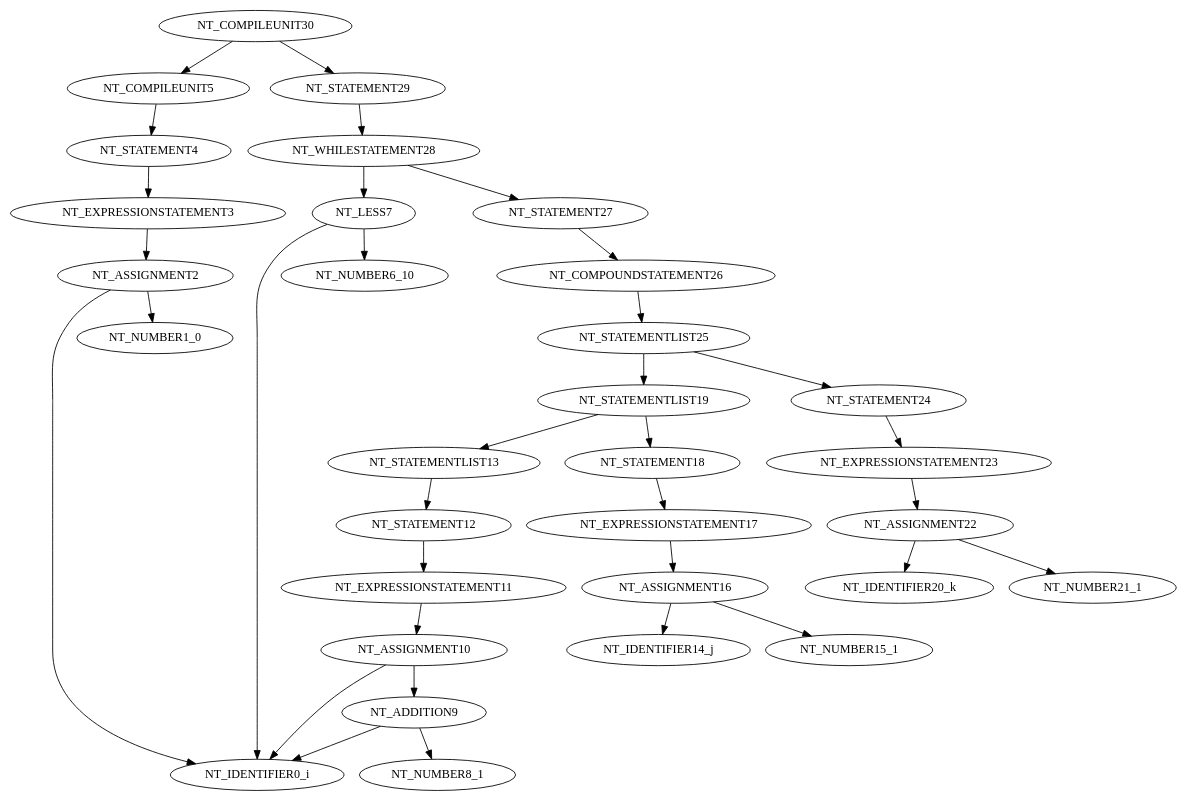
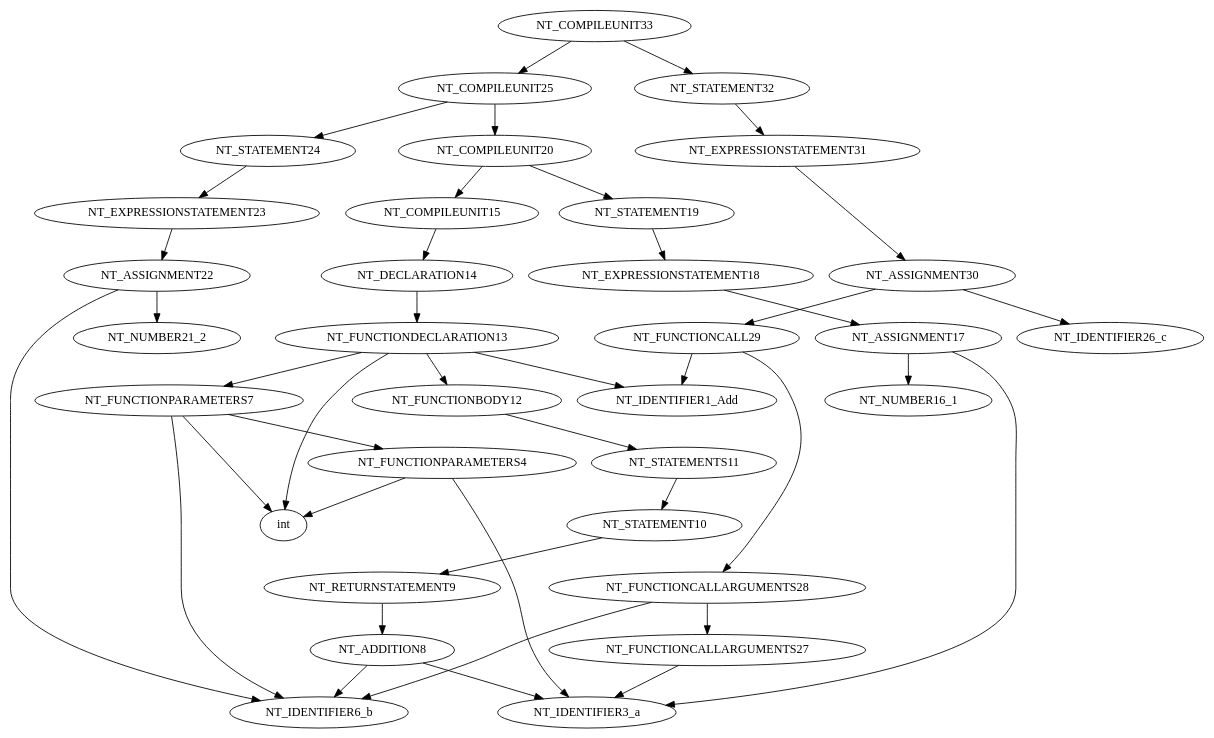
The diagram in BisonIntro/SyntaxTree.dot (dhmhgreCompilers1/BisonTutorial2022), drawn with Graphviz before and after one commit. The commit also changed 9 other files, not shown here.

```diff
--- a/BisonIntro/SyntaxTree.dot
+++ b/BisonIntro/SyntaxTree.dot
@@ -1,35 +1,42 @@
 digraph G {
-	"NT_COMPILEUNIT30"->"NT_COMPILEUNIT5";
-	"NT_COMPILEUNIT5"->"NT_STATEMENT4";
-	"NT_STATEMENT4"->"NT_EXPRESSIONSTATEMENT3";
-	"NT_EXPRESSIONSTATEMENT3"->"NT_ASSIGNMENT2";
-	"NT_ASSIGNMENT2"->"NT_IDENTIFIER0_i";
-	"NT_ASSIGNMENT2"->"NT_NUMBER1_0";
-	"NT_COMPILEUNIT30"->"NT_STATEMENT29";
-	"NT_STATEMENT29"->"NT_WHILESTATEMENT28";
-	"NT_WHILESTATEMENT28"->"NT_LESS7";
-	"NT_LESS7"->"NT_IDENTIFIER0_i";
-	"NT_LESS7"->"NT_NUMBER6_10";
-	"NT_WHILESTATEMENT28"->"NT_STATEMENT27";
-	"NT_STATEMENT27"->"NT_COMPOUNDSTATEMENT26";
-	"NT_COMPOUNDSTATEMENT26"->"NT_STATEMENTLIST25";
-	"NT_STATEMENTLIST25"->"NT_STATEMENTLIST19";
-	"NT_STATEMENTLIST19"->"NT_STATEMENTLIST13";
-	"NT_STATEMENTLIST13"->"NT_STATEMENT12";
-	"NT_STATEMENT12"->"NT_EXPRESSIONSTATEMENT11";
-	"NT_EXPRESSIONSTATEMENT11"->"NT_ASSIGNMENT10";
-	"NT_ASSIGNMENT10"->"NT_IDENTIFIER0_i";
-	"NT_ASSIGNMENT10"->"NT_ADDITION9";
-	"NT_ADDITION9"->"NT_IDENTIFIER0_i";
-	"NT_ADDITION9"->"NT_NUMBER8_1";
-	"NT_STATEMENTLIST19"->"NT_STATEMENT18";
-	"NT_STATEMENT18"->"NT_EXPRESSIONSTATEMENT17";
-	"NT_EXPRESSIONSTATEMENT17"->"NT_ASSIGNMENT16";
-	"NT_ASSIGNMENT16"->"NT_IDENTIFIER14_j";
-	"NT_ASSIGNMENT16"->"NT_NUMBER15_1";
-	"NT_STATEMENTLIST25"->"NT_STATEMENT24";
+	"NT_COMPILEUNIT33"->"NT_COMPILEUNIT25";
+	"NT_COMPILEUNIT25"->"NT_COMPILEUNIT20";
+	"NT_COMPILEUNIT20"->"NT_COMPILEUNIT15";
+	"NT_COMPILEUNIT15"->"NT_DECLARATION14";
+	"NT_DECLARATION14"->"NT_FUNCTIONDECLARATION13";
+	"NT_FUNCTIONDECLARATION13"->"int";
+	"NT_FUNCTIONDECLARATION13"->"NT_IDENTIFIER1_Add";
+	"NT_FUNCTIONDECLARATION13"->"NT_FUNCTIONPARAMETERS7";
+	"NT_FUNCTIONPARAMETERS7"->"NT_FUNCTIONPARAMETERS4";
+	"NT_FUNCTIONPARAMETERS4"->"int";
+	"NT_FUNCTIONPARAMETERS4"->"NT_IDENTIFIER3_a";
+	"NT_FUNCTIONPARAMETERS7"->"int";
+	"NT_FUNCTIONPARAMETERS7"->"NT_IDENTIFIER6_b";
+	"NT_FUNCTIONDECLARATION13"->"NT_FUNCTIONBODY12";
+	"NT_FUNCTIONBODY12"->"NT_STATEMENTS11";
+	"NT_STATEMENTS11"->"NT_STATEMENT10";
+	"NT_STATEMENT10"->"NT_RETURNSTATEMENT9";
+	"NT_RETURNSTATEMENT9"->"NT_ADDITION8";
+	"NT_ADDITION8"->"NT_IDENTIFIER3_a";
+	"NT_ADDITION8"->"NT_IDENTIFIER6_b";
+	"NT_COMPILEUNIT20"->"NT_STATEMENT19";
+	"NT_STATEMENT19"->"NT_EXPRESSIONSTATEMENT18";
+	"NT_EXPRESSIONSTATEMENT18"->"NT_ASSIGNMENT17";
+	"NT_ASSIGNMENT17"->"NT_IDENTIFIER3_a";
+	"NT_ASSIGNMENT17"->"NT_NUMBER16_1";
+	"NT_COMPILEUNIT25"->"NT_STATEMENT24";
 	"NT_STATEMENT24"->"NT_EXPRESSIONSTATEMENT23";
 	"NT_EXPRESSIONSTATEMENT23"->"NT_ASSIGNMENT22";
-	"NT_ASSIGNMENT22"->"NT_IDENTIFIER20_k";
-	"NT_ASSIGNMENT22"->"NT_NUMBER21_1";
+	"NT_ASSIGNMENT22"->"NT_IDENTIFIER6_b";
+	"NT_ASSIGNMENT22"->"NT_NUMBER21_2";
+	"NT_COMPILEUNIT33"->"NT_STATEMENT32";
+	"NT_STATEMENT32"->"NT_EXPRESSIONSTATEMENT31";
+	"NT_EXPRESSIONSTATEMENT31"->"NT_ASSIGNMENT30";
+	"NT_ASSIGNMENT30"->"NT_IDENTIFIER26_c";
+	"NT_ASSIGNMENT30"->"NT_FUNCTIONCALL29";
+	"NT_FUNCTIONCALL29"->"NT_IDENTIFIER1_Add";
+	"NT_FUNCTIONCALL29"->"NT_FUNCTIONCALLARGUMENTS28";
+	"NT_FUNCTIONCALLARGUMENTS28"->"NT_FUNCTIONCALLARGUMENTS27";
+	"NT_FUNCTIONCALLARGUMENTS27"->"NT_IDENTIFIER3_a";
+	"NT_FUNCTIONCALLARGUMENTS28"->"NT_IDENTIFIER6_b";
 }
```
